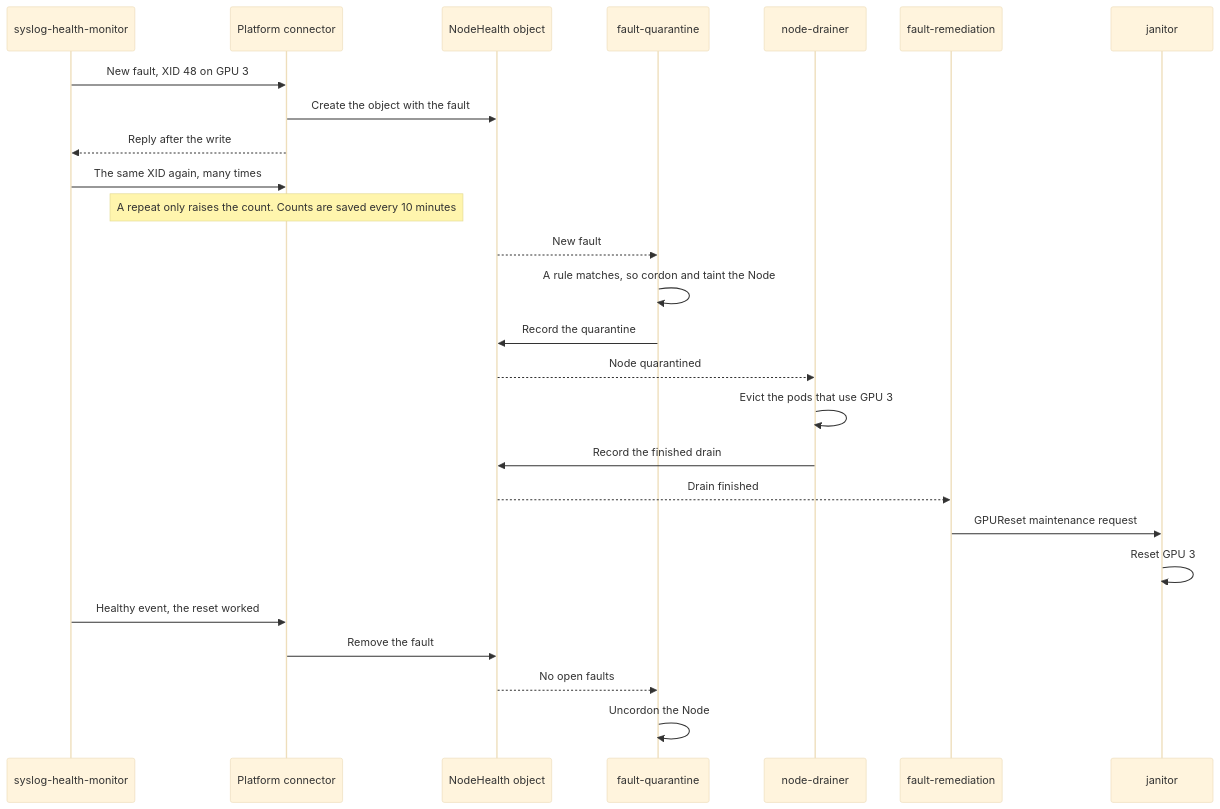
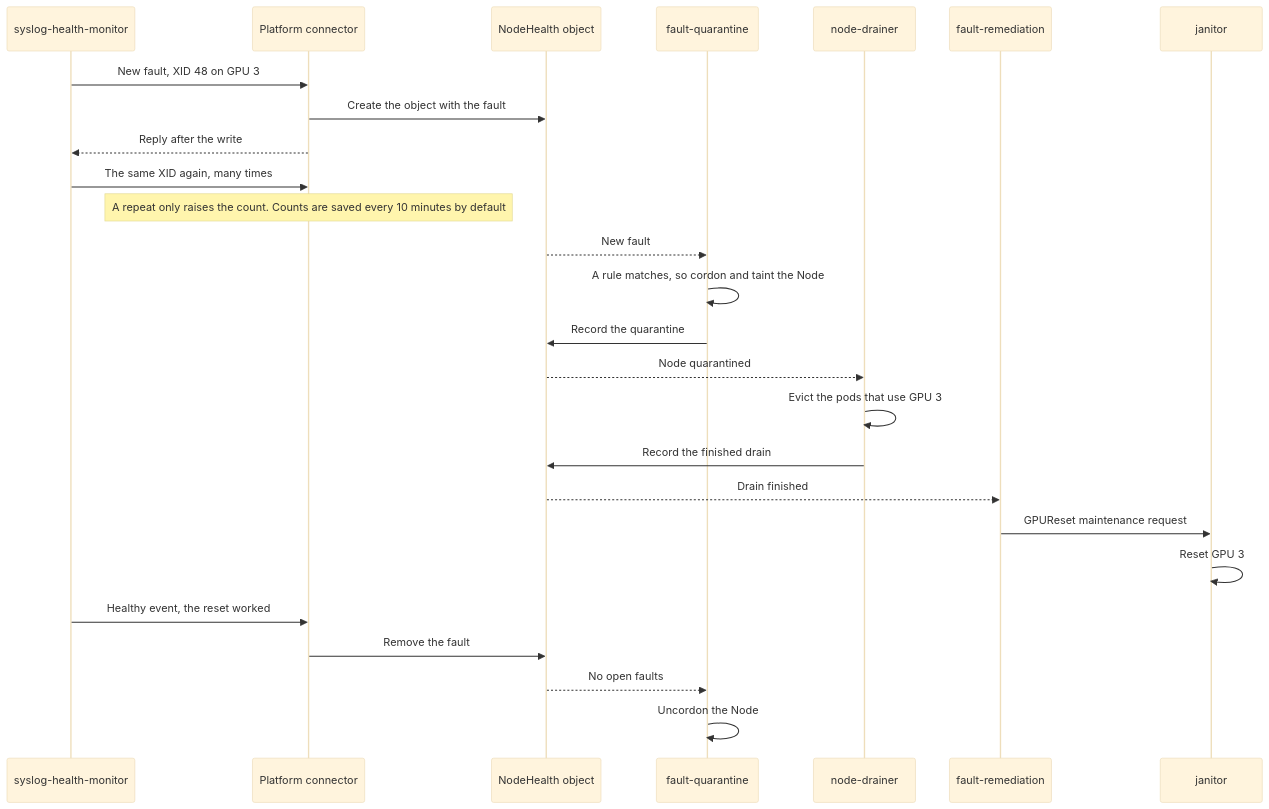
Before and after one commit to KaivalyaMDabhadkar/NVSentinel: the second of 3 diagrams in docs/designs/063-nodehealth-remediation-without-a-database.md, drawn with Mermaid (base theme). The commit also changed other lines of this file, not shown here.

````diff
--- a/docs/designs/063-nodehealth-remediation-without-a-database.md
+++ b/docs/designs/063-nodehealth-remediation-without-a-database.md
@@ -210,28 +212,28 @@
 ```mermaid
 sequenceDiagram
   participant Mon as syslog-health-monitor
   participant PC as Platform connector
   participant NH as NodeHealth object
   participant FQ as fault-quarantine
   participant ND as node-drainer
   participant FR as fault-remediation
   participant Jan as janitor
   Mon->>PC: New fault, XID 48 on GPU 3
   PC->>NH: Create the object with the fault
   PC-->>Mon: Reply after the write
   Mon->>PC: The same XID again, many times
-  Note over PC: A repeat only raises the count. Counts are saved every 10 minutes
+  Note over PC: A repeat only raises the count. Counts are saved every 10 minutes by default
   NH-->>FQ: New fault
   FQ->>FQ: A rule matches, so cordon and taint the Node
   FQ->>NH: Record the quarantine
   NH-->>ND: Node quarantined
   ND->>ND: Evict the pods that use GPU 3
   ND->>NH: Record the finished drain
   NH-->>FR: Drain finished
   FR->>Jan: GPUReset maintenance request
   Jan->>Jan: Reset GPU 3
   Mon->>PC: Healthy event, the reset worked
   PC->>NH: Remove the fault
   NH-->>FQ: No open faults
   FQ->>FQ: Uncordon the Node
 ```
````
